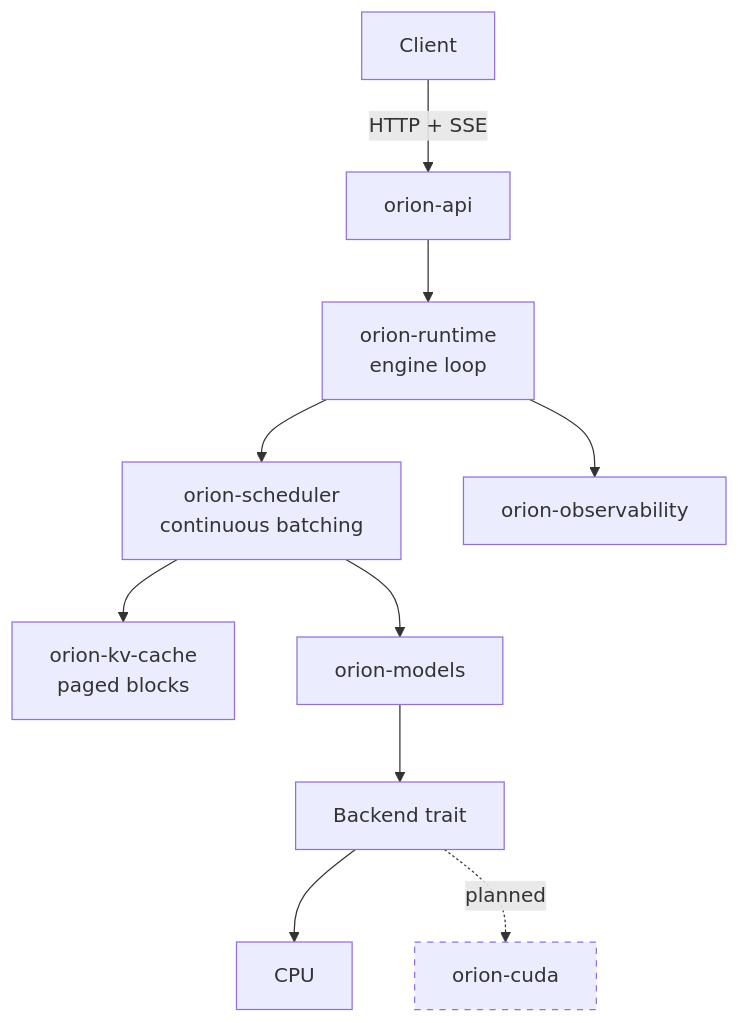
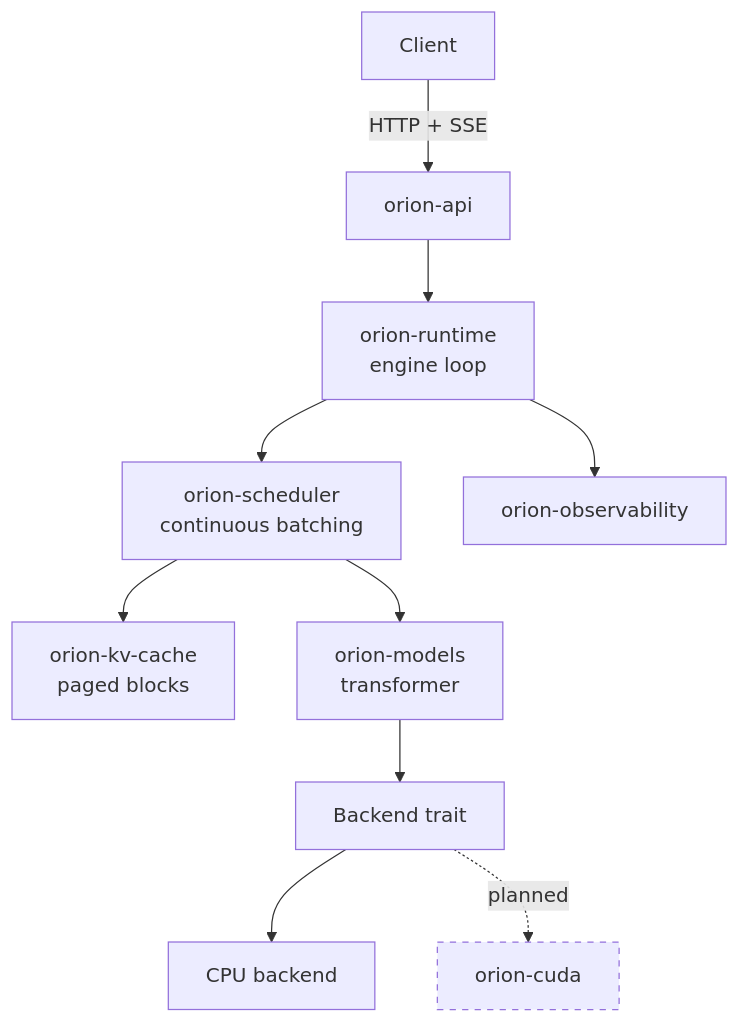
One commit to patowari/OrionServe-RS changed the diagram in README.md. Above: the diagram before and after it, drawn with Mermaid. The commit also changed other lines of this file and 5 other files, not shown here.

````diff
--- a/README.md
+++ b/README.md
@@ -41,14 +43,14 @@
 ```mermaid
 flowchart TD
     Client -->|HTTP + SSE| API[orion-api]
     API --> ENG[orion-runtime<br/>engine loop]
     ENG --> SCHED[orion-scheduler<br/>continuous batching]
     SCHED --> KV[orion-kv-cache<br/>paged blocks]
-    SCHED --> MODEL[orion-models]
+    SCHED --> MODEL[orion-models<br/>transformer]
     MODEL --> BE[Backend trait]
-    BE --> CPU[CPU]
+    BE --> CPU[CPU backend]
     BE -.planned.-> CUDA[orion-cuda]
     ENG --> OBS[orion-observability]
 
     style CUDA stroke-dasharray: 5 5
 ```
````
